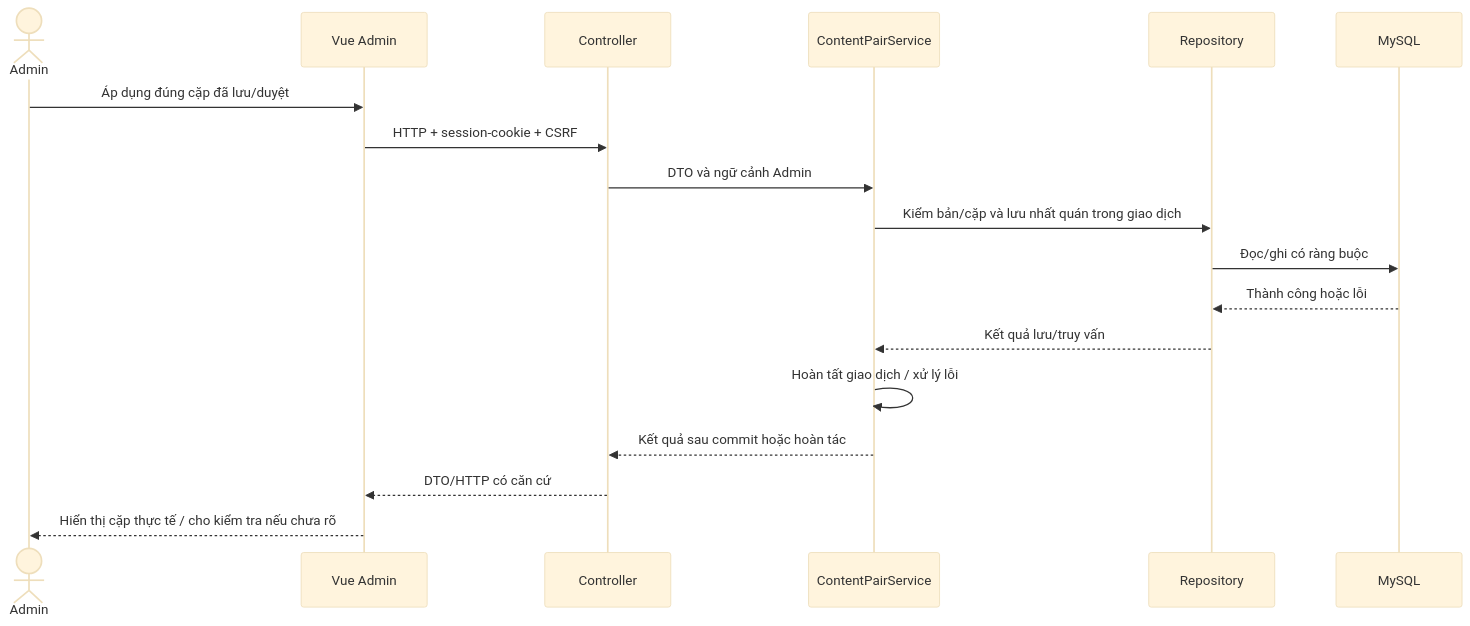
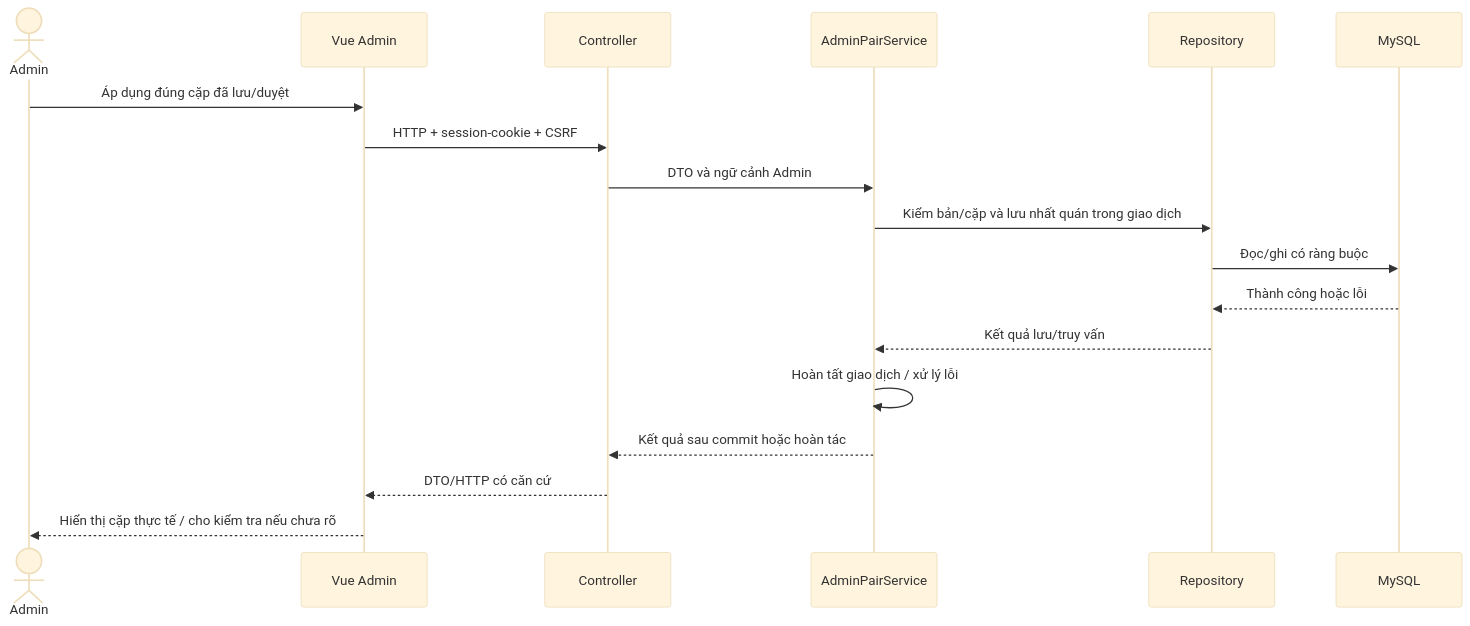
One commit to khaithanh2726-beep/AudioQR_Kinh-thanh-Hue changed the second of 4 diagrams in docs/03-ky-thuat/TDD.md. Above: the diagram before and after it, drawn with Mermaid (base theme). The commit also changed other lines of this file and 44 other files, not shown here.

````diff
--- a/docs/03-ky-thuat/TDD.md
+++ b/docs/03-ky-thuat/TDD.md
@@ -210,20 +122,20 @@
 ```mermaid
 sequenceDiagram
     actor A as Admin
     participant V as Vue Admin
     participant C as Controller
-    participant S as ContentPairService
+    participant S as AdminPairService
     participant R as Repository
     participant D as MySQL
     A->>V: Áp dụng đúng cặp đã lưu/duyệt
     V->>C: HTTP + session-cookie + CSRF
     C->>S: DTO và ngữ cảnh Admin
     S->>R: Kiểm bản/cặp và lưu nhất quán trong giao dịch
     R->>D: Đọc/ghi có ràng buộc
     D-->>R: Thành công hoặc lỗi
     R-->>S: Kết quả lưu/truy vấn
     S->>S: Hoàn tất giao dịch / xử lý lỗi
     S-->>C: Kết quả sau commit hoặc hoàn tác
     C-->>V: DTO/HTTP có căn cứ
     V-->>A: Hiển thị cặp thực tế / cho kiểm tra nếu chưa rõ
 ```
````
